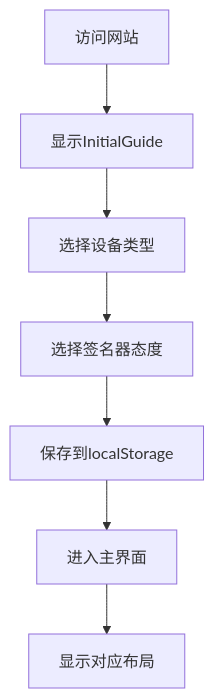
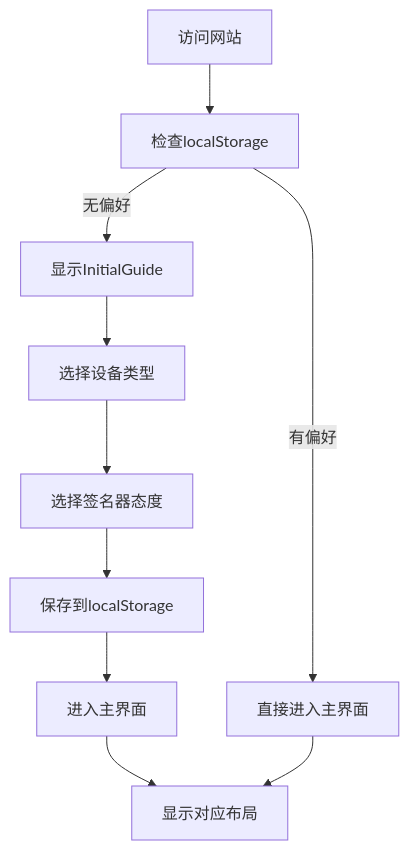
One commit to zengmi2140/bitcoin-custody-playground changed the first of 3 diagrams in PRD-项目详细需求文档.md. Above: the diagram before and after it, drawn with Mermaid. The commit also changed other lines of this file, not shown here.

````diff
--- a/PRD-项目详细需求文档.md
+++ b/PRD-项目详细需求文档.md
@@ -440,9 +548,12 @@
 ```mermaid
 graph TD
-A[访问网站] --> B[显示InitialGuide]
-B --> C[选择设备类型]
-C --> D[选择签名器态度]
-D --> E[保存到localStorage]
-E --> F[进入主界面]
-F --> G[显示对应布局]
+A[访问网站] --> B[检查localStorage]
+B -->|有偏好| C[直接进入主界面]
+B -->|无偏好| D[显示InitialGuide]
+D --> E[选择设备类型]
+E --> F[选择签名器态度]
+F --> G[保存到localStorage]
+G --> H[进入主界面]
+H --> I[显示对应布局]
+C --> I
 ```
````
